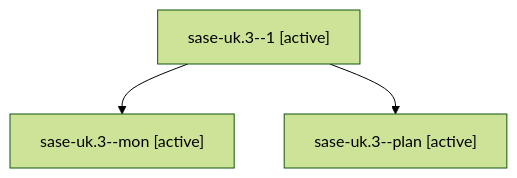
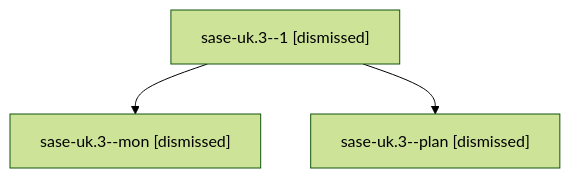
One commit to sase-org/sase--agents changed the diagram in sessions/bbugyi200.athena.sase-uk.3.md. Above: the diagram before and after it, drawn with Mermaid (forest theme). The commit also changed other lines of this file and 380 other files, not shown here.

````diff
--- a/sessions/bbugyi200.athena.sase-uk.3.md
+++ b/sessions/bbugyi200.athena.sase-uk.3.md
@@ -9,8 +9,8 @@
 ```mermaid
 flowchart TD
-  n0["sase-uk.3--1 [active]"]
-  n1["sase-uk.3--mon [active]"]
+  n0["sase-uk.3--1 [dismissed]"]
+  n1["sase-uk.3--mon [dismissed]"]
   n0 --> n1
-  n2["sase-uk.3--plan [active]"]
+  n2["sase-uk.3--plan [dismissed]"]
   n0 --> n2
 ```
````
